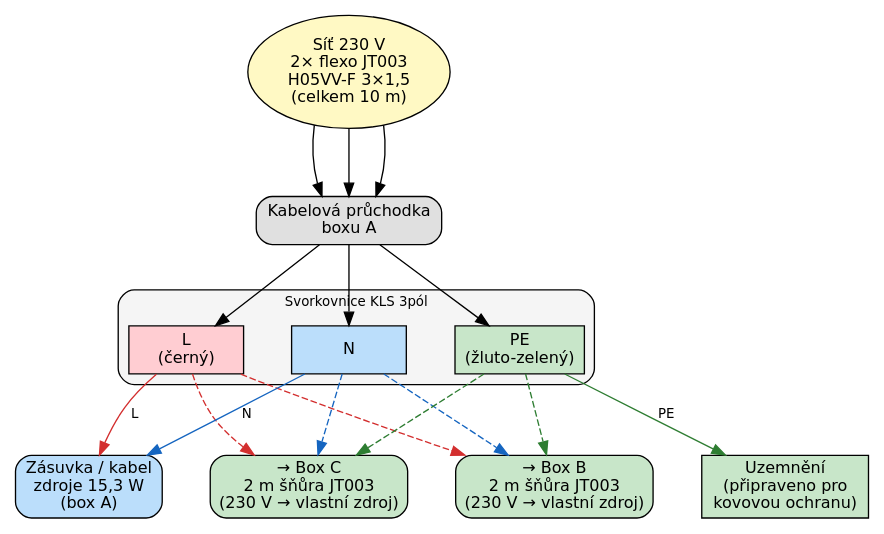
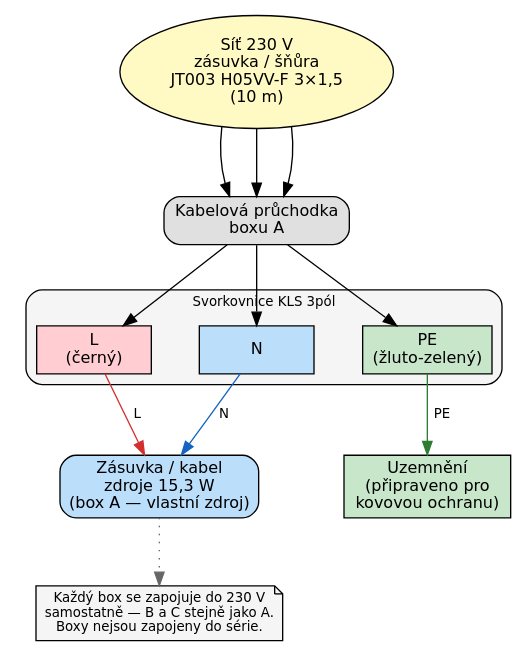
The diagram in docs/dot/sch_02_terminal_block.dot (K0F/1938_ABC), drawn with Graphviz before and after one commit. The commit also changed 8 other files, not shown here.

```diff
--- a/docs/dot/sch_02_terminal_block.dot
+++ b/docs/dot/sch_02_terminal_block.dot
@@ -1,42 +1,37 @@
-// SCH §2.1 — Přípojka 230 V a rozvod (svorkovnice KLS 3pól)
+// SCH §2.1 — Přípojka 230 V (svorkovnice KLS 3pól) — box A
 digraph G {
     graph [fontname="DejaVu Sans" rankdir=TB bgcolor="white" nodesep=0.5 ranksep=0.7];
 node [fontname="DejaVu Sans" fontsize=12 style="filled"];
 edge [fontname="DejaVu Sans" fontsize=10];
 
 // Source
-siet [label="Síť 230 V\n2× flexo JT003\nH05VV-F 3×1,5\n(celkem 10 m)" shape=oval fillcolor="#fff9c4"];
+siet [label="Síť 230 V\nzásuvka / šňůra\nJT003 H05VV-F 3×1,5\n(10 m)" shape=oval fillcolor="#fff9c4"];
 pruchodka [label="Kabelová průchodka\nboxu A" shape=box style="filled,rounded" fillcolor="#e0e0e0"];
 
 // Terminal block
 subgraph cluster_svorkovnice {
     label="Svorkovnice KLS 3pól";
     style="filled,rounded";
     fillcolor="#f5f5f5";
     fontsize=10;
 
     L [label="L\n(černý)" shape=box fillcolor="#ffcdd2" width=1.2];
     N [label="N" shape=box fillcolor="#bbdefb" width=1.2];
     PE [label="PE\n(žluto-zelený)" shape=box fillcolor="#c8e6c9" width=1.2];
 }
 
 // Outputs
-zasuvka_A [label="Zásuvka / kabel\nzdroje 15,3 W\n(box A)" shape=box style="filled,rounded" fillcolor="#bbdefb"];
+zasuvka_A [label="Zásuvka / kabel\nzdroje 15,3 W\n(box A — vlastní zdroj)" shape=box style="filled,rounded" fillcolor="#bbdefb"];
 zem [label="Uzemnění\n(připraveno pro\nkovovou ochranu)" shape=box fillcolor="#c8e6c9"];
-smer_B [label="→ Box B\n2 m šňůra JT003\n(230 V → vlastní zdroj)" shape=box style="filled,rounded" fillcolor="#c8e6c9"];
-smer_C [label="→ Box C\n2 m šňůra JT003\n(230 V → vlastní zdroj)" shape=box style="filled,rounded" fillcolor="#c8e6c9"];
 
 // Edges
 siet -> pruchodka -> L;
 siet -> pruchodka -> N;
 siet -> pruchodka -> PE;
 L -> zasuvka_A [label="  L  " color="#d32f2f"];
 N -> zasuvka_A [label="  N  " color="#1565c0"];
 PE -> zem [label="  PE  " color="#2e7d32"];
-L -> smer_B [style=dashed color="#d32f2f"];
-N -> smer_B [style=dashed color="#1565c0"];
-PE -> smer_B [style=dashed color="#2e7d32"];
-L -> smer_C [style=dashed color="#d32f2f"];
-N -> smer_C [style=dashed color="#1565c0"];
-PE -> smer_C [style=dashed color="#2e7d32"];
+
+note [label="Každý box se zapojuje do 230 V\nsamostatně — B a C stejně jako A.\nBoxy nejsou zapojeny do série." shape=note fillcolor="#f5f5f5" fontsize=10];
+zasuvka_A -> note [style=dotted color="#666666"];
 }
```
